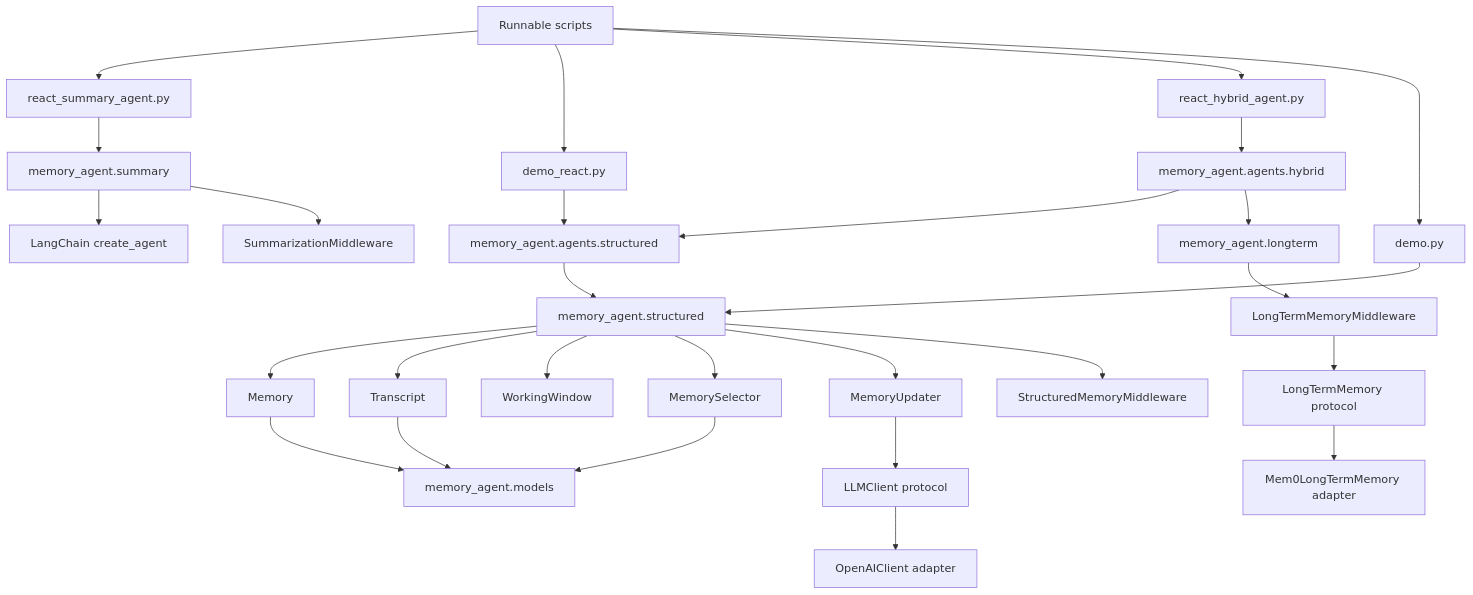
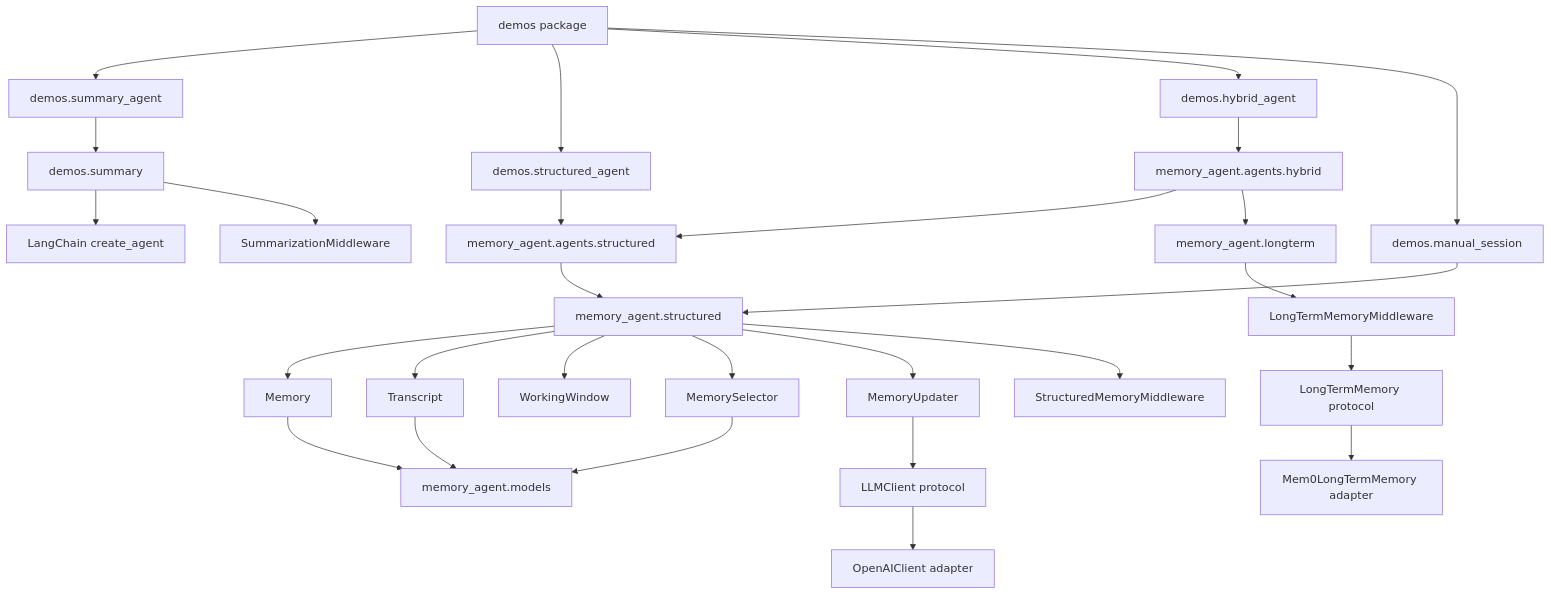
The first of 10 diagrams in ARCHITECTURE.md (sandy1990418/MemoryAgent), drawn with Mermaid before and after one commit. The commit also changed other lines of this file and 55 other files, not shown here.

````diff
--- a/ARCHITECTURE.md
+++ b/ARCHITECTURE.md
@@ -54,37 +73,37 @@
 ```mermaid
 flowchart TD
-    Entry[Runnable scripts] --> SummaryScript[react_summary_agent.py]
-    Entry --> StructuredScript[demo_react.py]
-    Entry --> HybridScript[react_hybrid_agent.py]
-    Entry --> PlainScript[demo.py]
+    Entry[demos package] --> SummaryScript[demos.summary_agent]
+    Entry --> StructuredScript[demos.structured_agent]
+    Entry --> HybridScript[demos.hybrid_agent]
+    Entry --> PlainScript[demos.manual_session]
 
-    SummaryScript --> SummaryPkg[memory_agent.summary]
+    SummaryScript --> SummaryPkg[demos.summary]
     StructuredScript --> StructuredAgent[memory_agent.agents.structured]
     HybridScript --> HybridAgent[memory_agent.agents.hybrid]
     PlainScript --> StructuredPkg[memory_agent.structured]
 
     SummaryPkg --> LC1[LangChain create_agent]
     SummaryPkg --> LCSum[SummarizationMiddleware]
 
     StructuredAgent --> StructuredPkg
     StructuredPkg --> Store[Memory]
     StructuredPkg --> Transcript[Transcript]
     StructuredPkg --> Window[WorkingWindow]
     StructuredPkg --> Selector[MemorySelector]
     StructuredPkg --> Updater[MemoryUpdater]
     StructuredPkg --> StructuredMW[StructuredMemoryMiddleware]
 
     HybridAgent --> StructuredAgent
     HybridAgent --> LongTermPkg[memory_agent.longterm]
     LongTermPkg --> LongTermMW[LongTermMemoryMiddleware]
 
     Updater --> LLMProtocol[LLMClient protocol]
     LLMProtocol --> OpenAI[OpenAIClient adapter]
 
     LongTermMW --> LongTermProtocol[LongTermMemory protocol]
     LongTermProtocol --> Mem0[Mem0LongTermMemory adapter]
 
     Store --> Models[memory_agent.models]
     Transcript --> Models
     Selector --> Models
 ```
````
